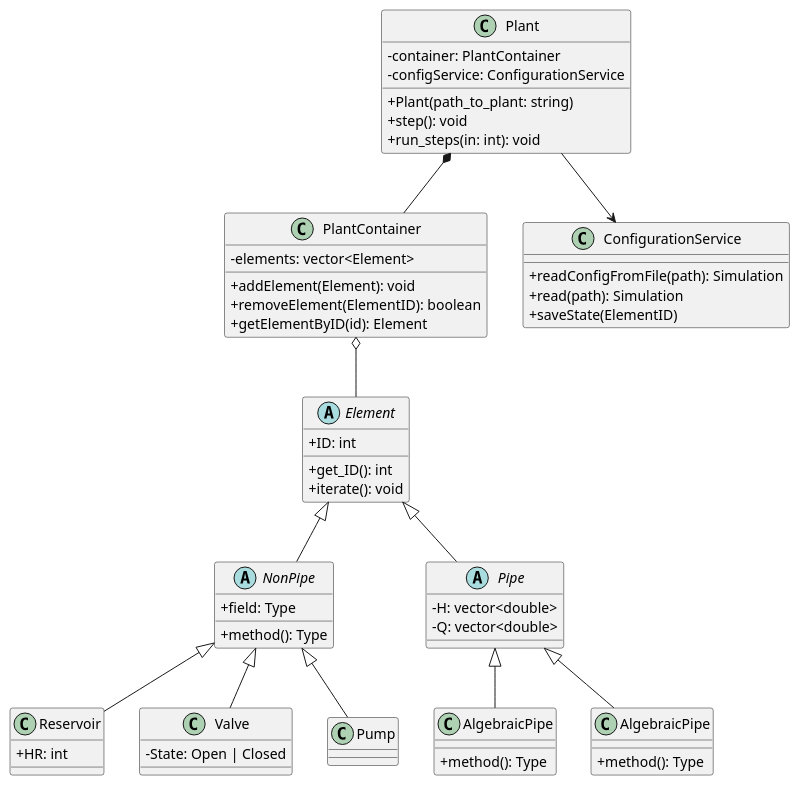
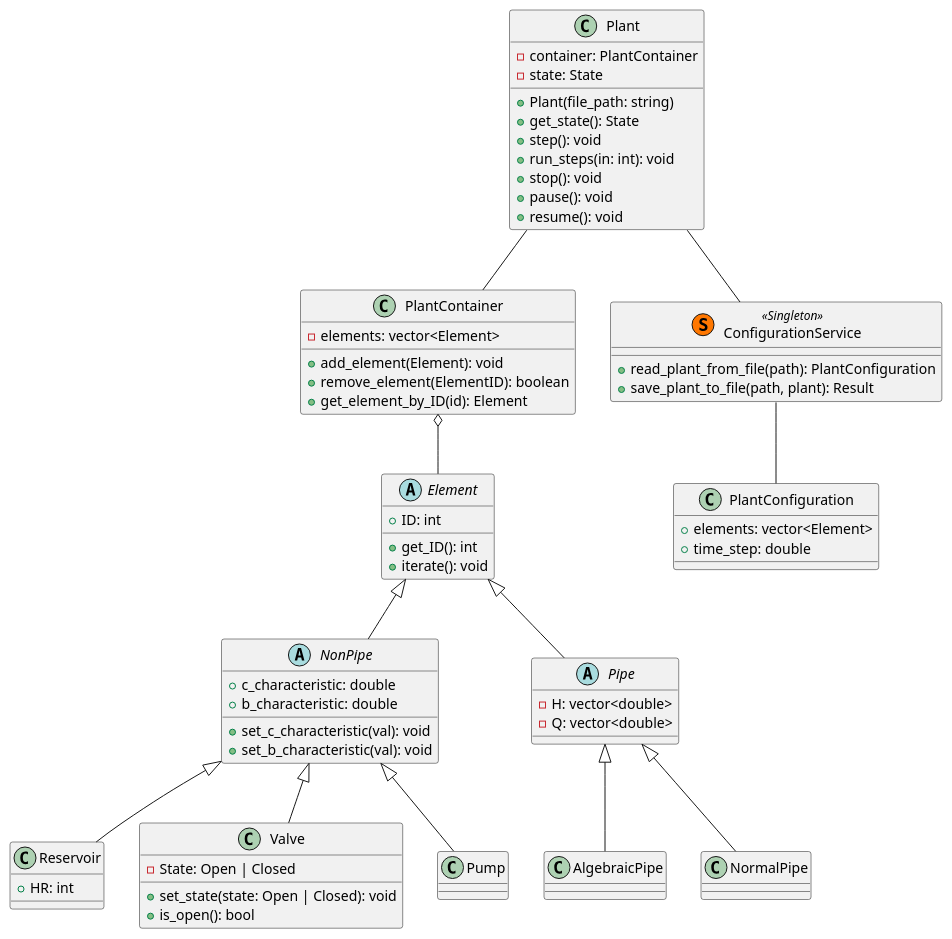
Before and after one commit to LVTrans/LVTransCore: the diagram in assets/system_architecture.puml, drawn with PlantUML. The commit also changed 1 other file, not shown here.

Commit message:
Update architecture

```diff
--- a/assets/system_architecture.puml
+++ b/assets/system_architecture.puml
@@ -1,79 +1,91 @@
 @startuml
-skinparam classAttributeIconSize 0
 
 abstract class Element {
   + ID: int
   + get_ID(): int
   + iterate(): void
 }
 
 abstract class NonPipe {
-  + field: Type
-  + method(): Type
+  + c_characteristic: double
+  + b_characteristic: double
+  + set_c_characteristic(val): void
+  + set_b_characteristic(val): void
+
 }
 
 abstract class Pipe {
   - H: vector<double>
   - Q: vector<double>
 }
 
 class Reservoir {
   + HR: int
 }
 
 class Valve {
   - State: Open | Closed
+  + set_state(state: Open | Closed): void
+  + is_open(): bool
 }
 
 class Pump {
 }
 
 class AlgebraicPipe {
-  + method(): Type
 }
 
-class AlgebraicPipe2 as "AlgebraicPipe" {
-  + method(): Type
+class NormalPipe {
 }
 
 class Plant {
   - container: PlantContainer
-  - configService: ConfigurationService
-  + Plant(path_to_plant: string)
+  - state: State
+  + Plant(file_path: string)
+  + get_state(): State
   + step(): void
   + run_steps(in: int): void
+  + stop(): void
+  + pause(): void
+  + resume(): void
 }
+
 
 class PlantContainer {
   - elements: vector<Element>
-  + addElement(Element): void
-  + removeElement(ElementID): boolean
-  + getElementByID(id): Element
+  + add_element(Element): void
+  + remove_element(ElementID): boolean
+  + get_element_by_ID(id): Element
 }
 
-class ConfigurationService {
-  + readConfigFromFile(path): Simulation
-  + read(path): Simulation
-  + saveState(ElementID)
+class PlantConfiguration {
+  + elements: vector<Element>
+  + time_step: double
 }
 
-' --- Relasjoner og Arv ---
+class ConfigurationService << (S,#FF7700) Singleton >> {
+  + read_plant_from_file(path): PlantConfiguration
+  + save_plant_to_file(path, plant): Result
+}
+
+
+
+' Relations 
+ConfigurationService -- PlantConfiguration 
 
 Element <|-- NonPipe
 Element <|-- Pipe
 
 NonPipe <|-- Reservoir
 NonPipe <|-- Valve
 NonPipe <|-- Pump
 
 Pipe <|-- AlgebraicPipe
-Pipe <|-- AlgebraicPipe2
+Pipe <|-- NormalPipe
 
-' Elementer samles i containeren
 PlantContainer o-- Element
 
-' Plant har relasjoner til sine tjenester/containere
-Plant --> ConfigurationService
-Plant *-- PlantContainer
+Plant -- PlantContainer
+Plant -- ConfigurationService
 
 @enduml
```
